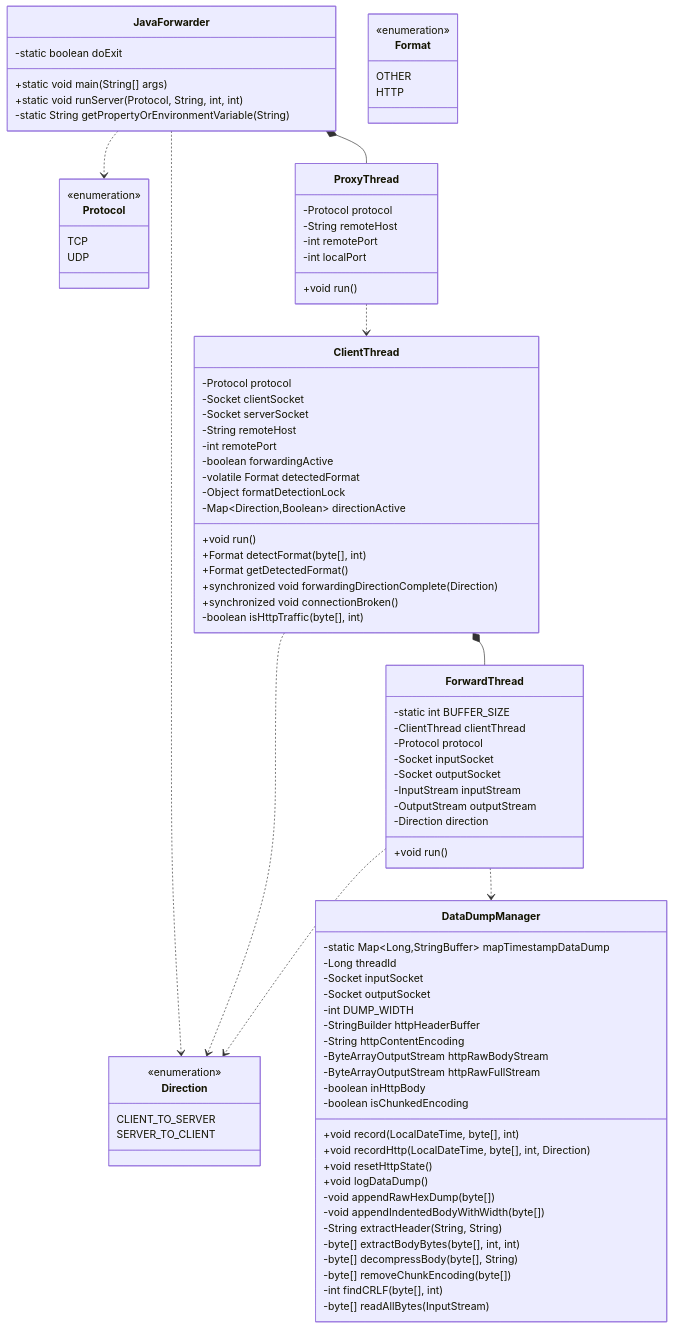
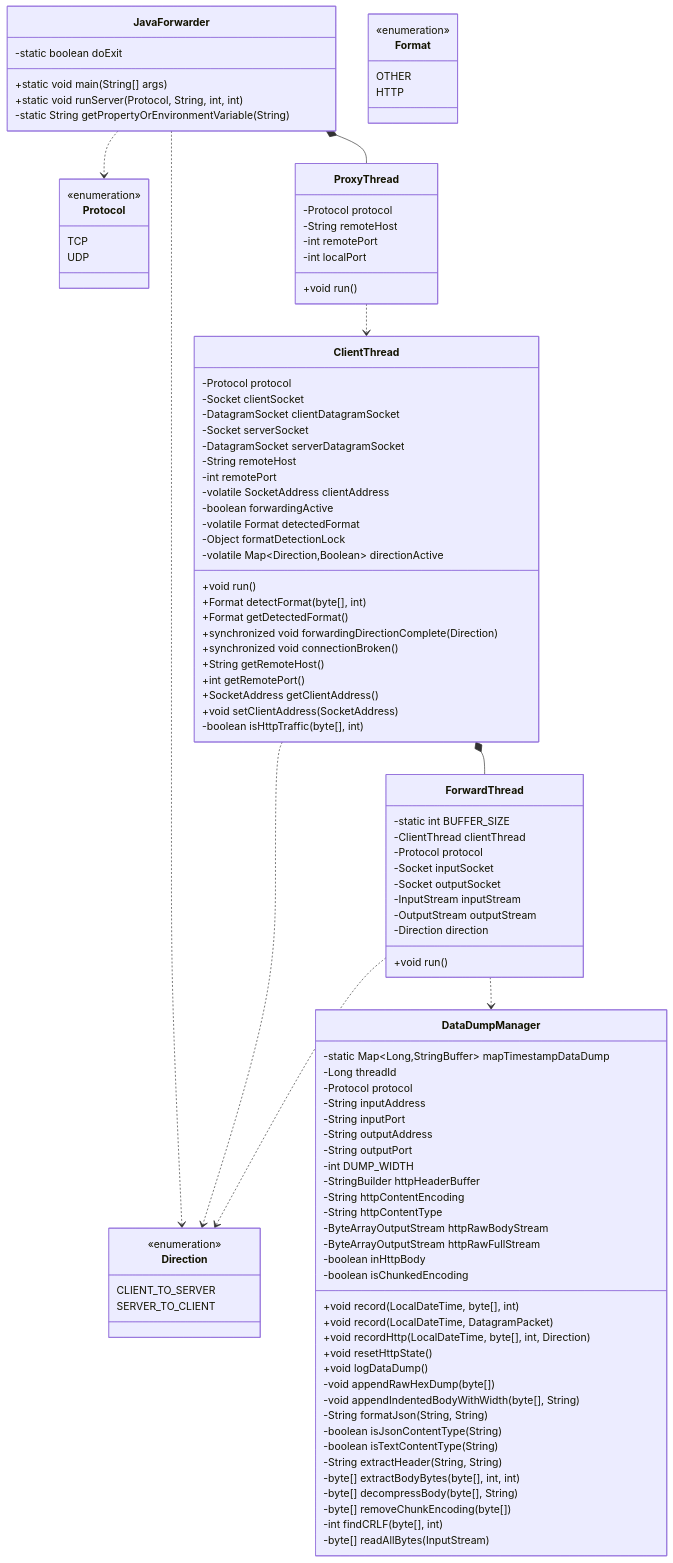
The second of 19 diagrams in src/at/test/forwarder/Architecture.md (Warpguru/JavaForwarder), drawn with Mermaid before and after one commit. The commit also changed other lines of this file, not shown here.

```diff
--- a/src/at/test/forwarder/Architecture.md
+++ b/src/at/test/forwarder/Architecture.md
@@ -86,18 +86,25 @@
     class ClientThread {
         -Protocol protocol
         -Socket clientSocket
+        -DatagramSocket clientDatagramSocket
         -Socket serverSocket
+        -DatagramSocket serverDatagramSocket
         -String remoteHost
         -int remotePort
+        -volatile SocketAddress clientAddress
         -boolean forwardingActive
         -volatile Format detectedFormat
         -Object formatDetectionLock
-        -Map~Direction,Boolean~ directionActive
+        -volatile Map~Direction,Boolean~ directionActive
         +void run()
         +Format detectFormat(byte[], int)
         +Format getDetectedFormat()
         +synchronized void forwardingDirectionComplete(Direction)
         +synchronized void connectionBroken()
+        +String getRemoteHost()
+        +int getRemotePort()
+        +SocketAddress getClientAddress()
+        +void setClientAddress(SocketAddress)
         -boolean isHttpTraffic(byte[], int)
     }
     
@@ -116,21 +123,29 @@
     class DataDumpManager {
         -static Map~Long,StringBuffer~ mapTimestampDataDump
         -Long threadId
-        -Socket inputSocket
-        -Socket outputSocket
+        -Protocol protocol
+        -String inputAddress
+        -String inputPort
+        -String outputAddress
+        -String outputPort
         -int DUMP_WIDTH
         -StringBuilder httpHeaderBuffer
         -String httpContentEncoding
+        -String httpContentType
         -ByteArrayOutputStream httpRawBodyStream
         -ByteArrayOutputStream httpRawFullStream
         -boolean inHttpBody
         -boolean isChunkedEncoding
         +void record(LocalDateTime, byte[], int)
+        +void record(LocalDateTime, DatagramPacket)
         +void recordHttp(LocalDateTime, byte[], int, Direction)
         +void resetHttpState()
         +void logDataDump()
         -void appendRawHexDump(byte[])
-        -void appendIndentedBodyWithWidth(byte[])
+        -void appendIndentedBodyWithWidth(byte[], String)
+        -String formatJson(String, String)
+        -boolean isJsonContentType(String)
+        -boolean isTextContentType(String)
         -String extractHeader(String, String)
         -byte[] extractBodyBytes(byte[], int, int)
         -byte[] decompressBody(byte[], String)
```
